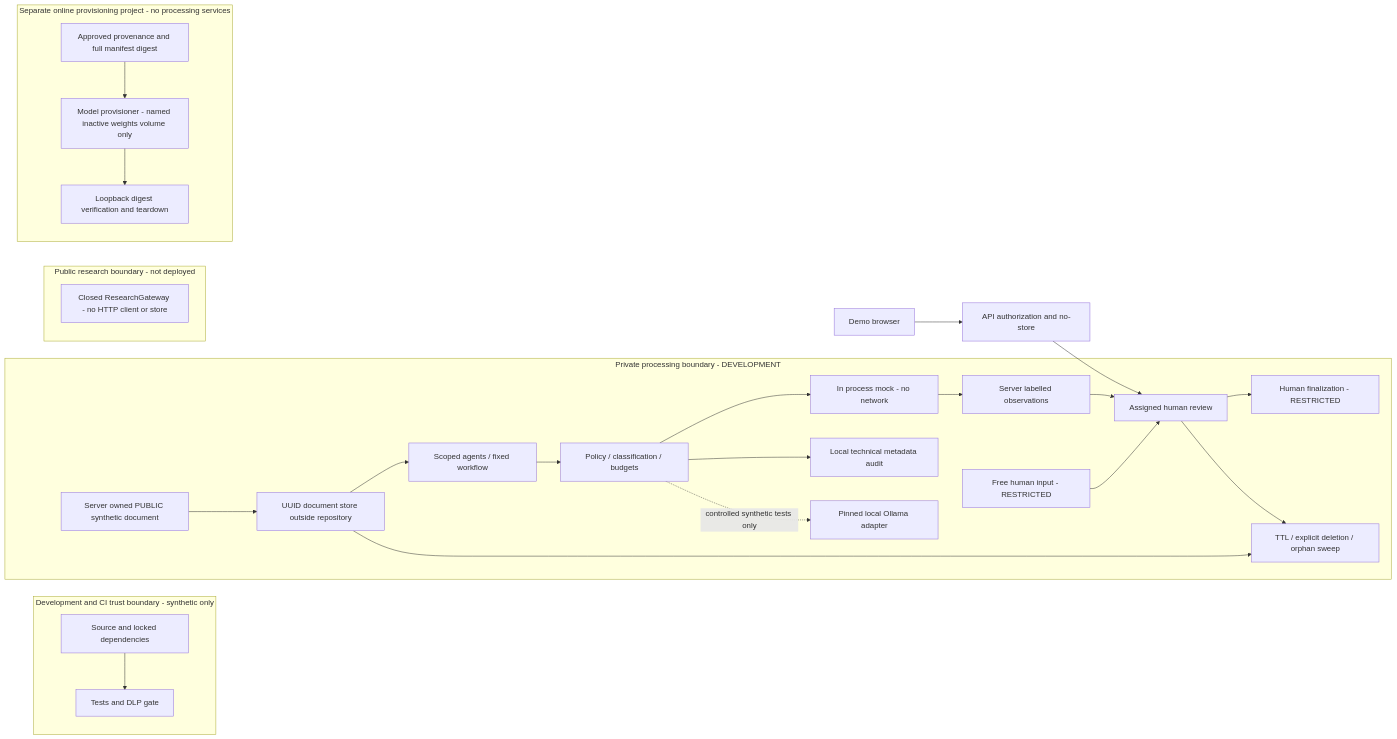
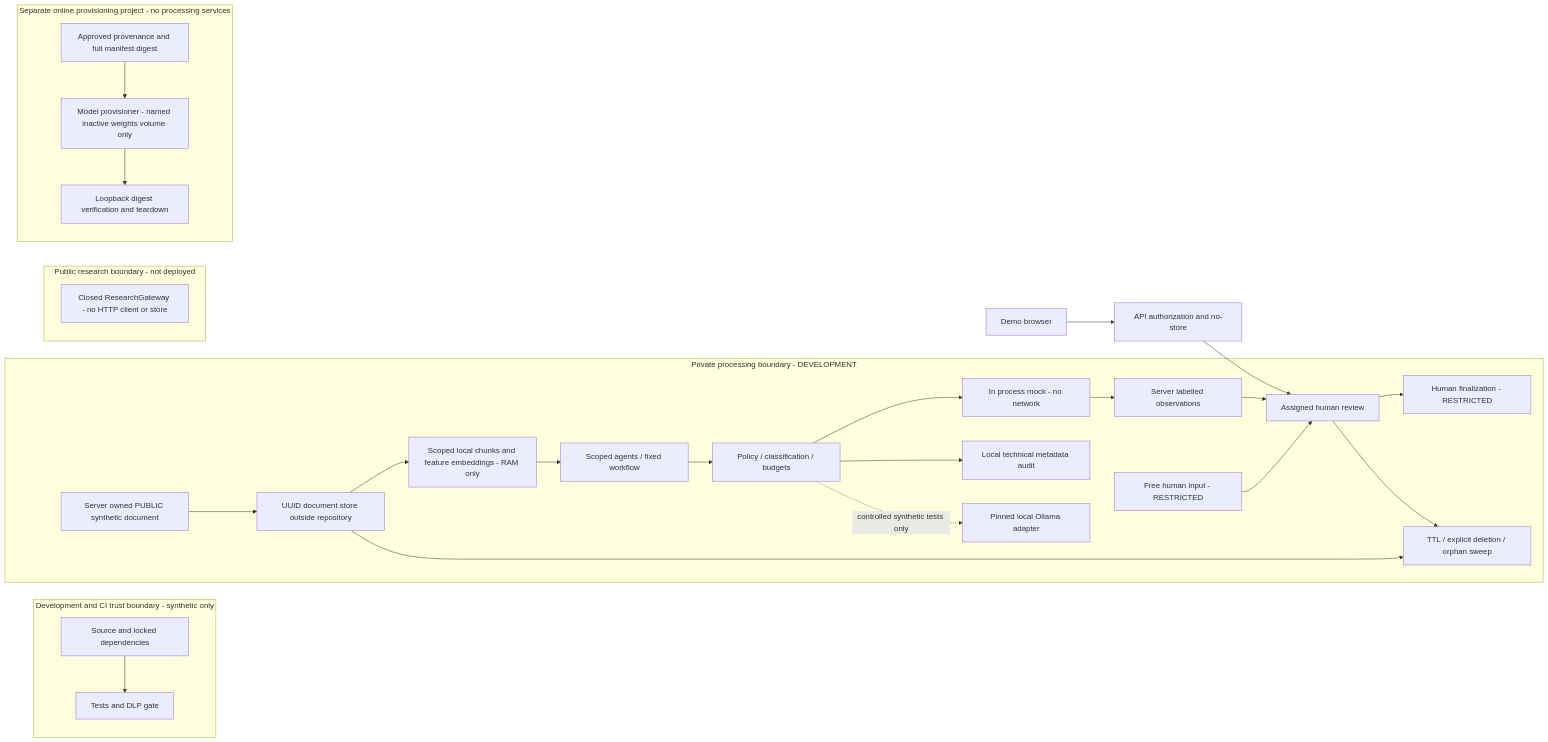
One commit to HerrBubimann/ThesisHounds changed the diagram in docs/security/data_flow.md. Above: the diagram before and after it, drawn with Mermaid. The commit also changed 43 other files, not shown here.

````diff
--- a/docs/security/data_flow.md
+++ b/docs/security/data_flow.md
@@ -10,29 +10,30 @@
 ```mermaid
 flowchart LR
   subgraph Dev[Development and CI trust boundary - synthetic only]
     Git[Source and locked dependencies] --> CI[Tests and DLP gate]
   end
   subgraph Private[Private processing boundary - DEVELOPMENT]
     Fixture[Server owned PUBLIC synthetic document] --> Store[UUID document store outside repository]
-    Store --> Agents[Scoped agents / fixed workflow]
+    Store --> Context[Scoped local chunks and feature embeddings - RAM only]
+    Context --> Agents[Scoped agents / fixed workflow]
     Agents --> Policy[Policy / classification / budgets]
     Policy --> Mock[In process mock - no network]
     Mock --> Findings[Server labelled observations]
     Human[Free human input - RESTRICTED] --> Review[Assigned human review]
     Findings --> Review
     Review --> Final[Human finalization - RESTRICTED]
     Store --> Delete[TTL / explicit deletion / orphan sweep]
     Review --> Delete
     Policy --> Audit[Local technical metadata audit]
     Policy -. controlled synthetic tests only .-> Pinned[Pinned local Ollama adapter]
   end
   Browser[Demo browser] --> API[API authorization and no-store]
   API --> Review
   subgraph Public[Public research boundary - not deployed]
     Research[Closed ResearchGateway - no HTTP client or store]
   end
   subgraph Provision[Separate online provisioning project - no processing services]
     Approval[Approved provenance and full manifest digest] --> Pull[Model provisioner - named inactive weights volume only]
     Pull --> Verify[Loopback digest verification and teardown]
   end
 ```
````
